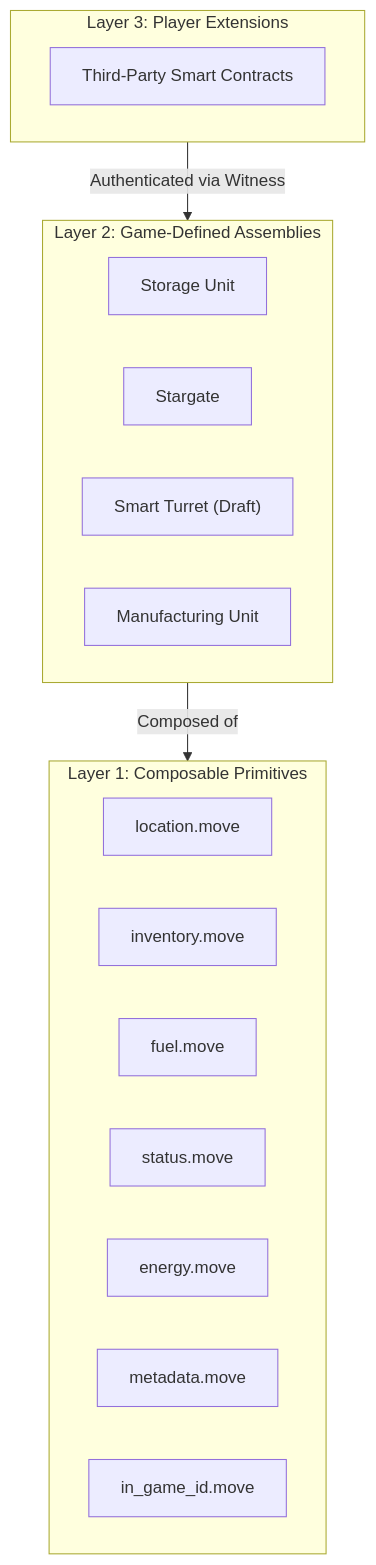
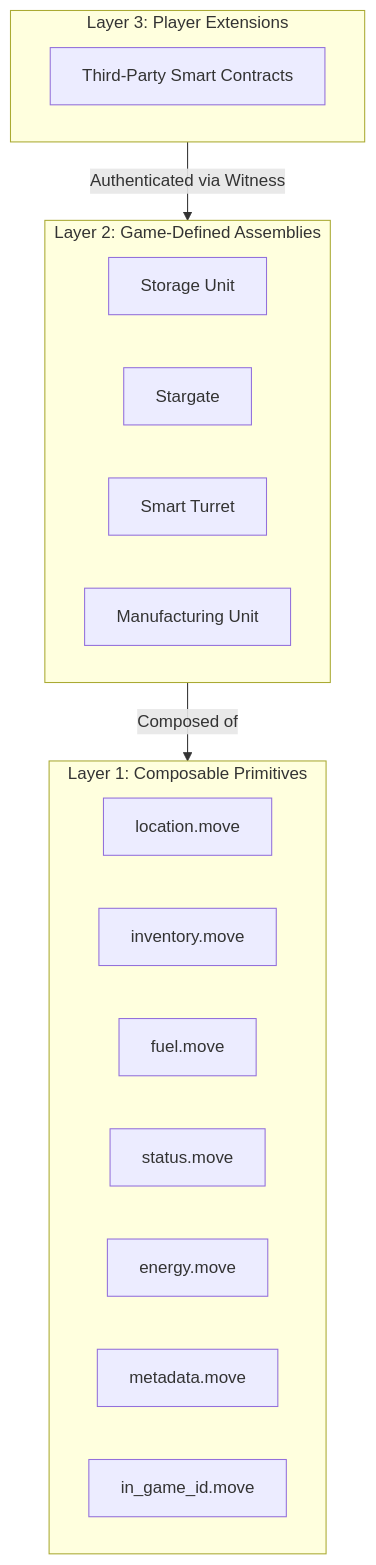
Before and after one commit to Scetrov/frontier.scetrov.live: the first of 3 diagrams in content/develop/world-contracts/_index.md, drawn with Mermaid. The commit also changed 8 other files, not shown here.

````diff
--- a/content/develop/world-contracts/_index.md
+++ b/content/develop/world-contracts/_index.md
@@ -12,27 +12,27 @@
 ```mermaid
 graph TD
     subgraph Layer3 ["Layer 3: Player Extensions"]
         Mod["Third-Party Smart Contracts"]
     end
 
     subgraph Layer2 ["Layer 2: Game-Defined Assemblies"]
         SU["Storage Unit"]
         Gate["Stargate"]
-        Turret["Smart Turret (Draft)"]
+        Turret["Smart Turret"]
         MU["Manufacturing Unit"]
     end
 
     subgraph Layer1 ["Layer 1: Composable Primitives"]
         Loc["location.move"]
         Inv["inventory.move"]
         Fuel["fuel.move"]
         Stat["status.move"]
         Energy["energy.move"]
         Meta["metadata.move"]
         ID["in_game_id.move"]
     end
 
     Layer3 -- Authenticated via Witness --> Layer2
     Layer2 -- Composed of --> Layer1
 
 ```
````
